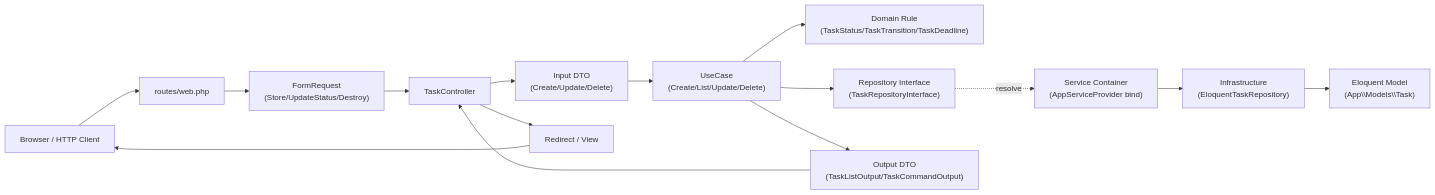
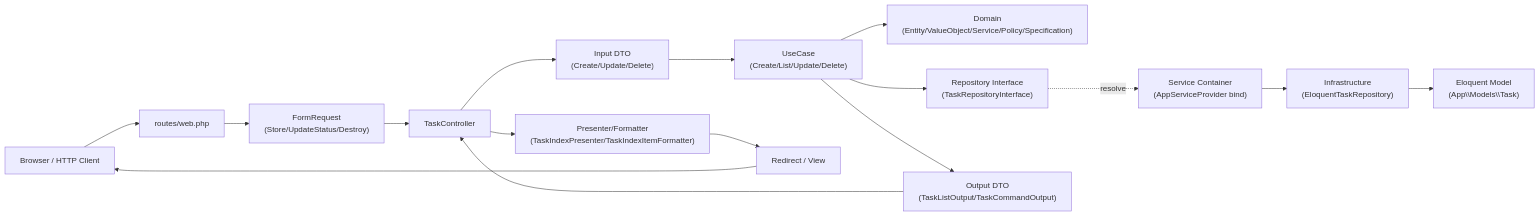
The first of 5 diagrams in docs/task-usecase-data-flow.md (pasgroup/laravel-playground), drawn with Mermaid before and after one commit. The commit also changed other lines of this file and 56 other files, not shown here.

````diff
--- a/docs/task-usecase-data-flow.md
+++ b/docs/task-usecase-data-flow.md
@@ -10,24 +10,24 @@
 ```mermaid
 flowchart LR
     Client["Browser / HTTP Client"]
     Route["routes/web.php"]
     Request["FormRequest\n(Store/UpdateStatus/Destroy)"]
     Controller["TaskController"]
     Input["Input DTO\n(Create/Update/Delete)"]
     UseCase["UseCase\n(Create/List/Update/Delete)"]
-    Domain["Domain Rule\n(TaskStatus/TaskTransition/TaskDeadline)"]
+    Domain["Domain\n(Entity/ValueObject/Service/Policy/Specification)"]
     Port["Repository Interface\n(TaskRepositoryInterface)"]
     DI["Service Container\n(AppServiceProvider bind)"]
     Repo["Infrastructure\n(EloquentTaskRepository)"]
     Model["Eloquent Model\n(App\\Models\\Task)"]
+    Presenter["Presenter/Formatter\n(TaskIndexPresenter/TaskIndexItemFormatter)"]
     Output["Output DTO\n(TaskListOutput/TaskCommandOutput)"]
     Response["Redirect / View"]
 
     Client --> Route --> Request --> Controller
     Controller --> Input --> UseCase
     UseCase --> Domain
     UseCase --> Port
     Port -. resolve .-> DI --> Repo --> Model
-    UseCase --> Output
-    Output --> Controller --> Response --> Client
+    UseCase --> Output --> Controller --> Presenter --> Response --> Client
 ```
````
